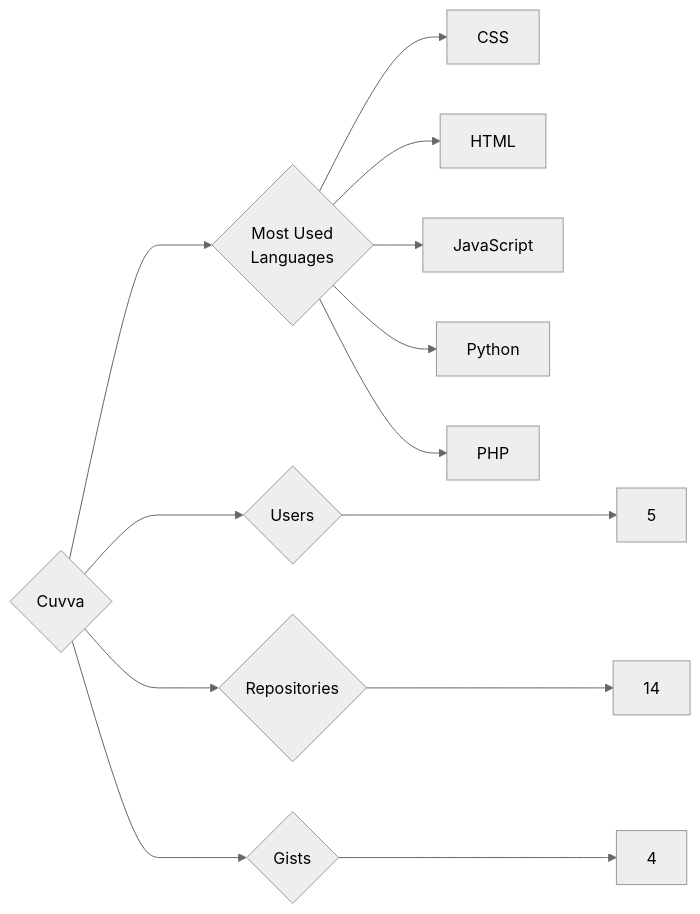
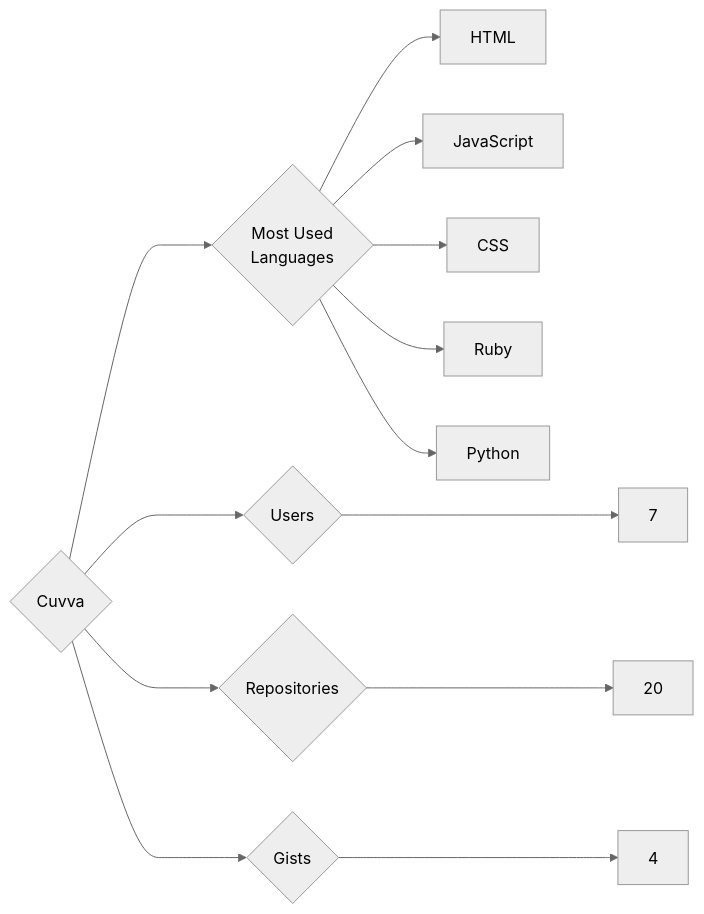
Before and after one commit to trickest/insiders: the diagram in targets/Cuvva/README.md, drawn with Mermaid (neutral theme). The commit also changed 993 other files, not shown here.

````diff
--- a/targets/Cuvva/README.md
+++ b/targets/Cuvva/README.md
@@ -3,13 +3,13 @@
 ```mermaid
 graph LR
 COMPANY_NAME{Cuvva}
-COMPANY_NAME ---> U{Users} ---> UN[5]
-COMPANY_NAME ---> R{Repositories} ---> RN[14]
+COMPANY_NAME ---> U{Users} ---> UN[7]
+COMPANY_NAME ---> R{Repositories} ---> RN[20]
 COMPANY_NAME ---> G{Gists} ---> GN[4]
 COMPANY_NAME ---> ML{Most Used<br>Languages}
-ML --> CSS[CSS]
 ML --> HTML[HTML]
 ML --> JavaScript[JavaScript]
+ML --> CSS[CSS]
+ML --> Ruby[Ruby]
 ML --> Python[Python]
-ML --> PHP[PHP]
 ```
````
